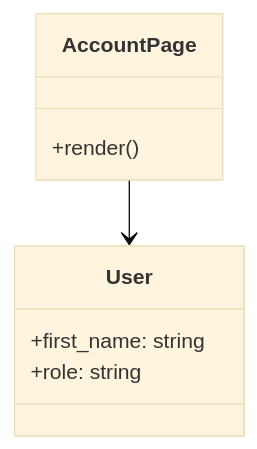
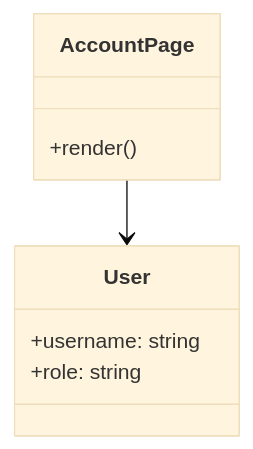
One commit to Saaka-y/korup changed the diagram in docs/account/class.md. Above: the diagram before and after it, drawn with Mermaid (base theme). The commit also changed 11 other files, not shown here.

````diff
--- a/docs/account/class.md
+++ b/docs/account/class.md
@@ -3,13 +3,13 @@
 ```mermaid
 classDiagram
     class AccountPage {
         +render()
     }
 
     class User {
-        +first_name: string
+        +username: string
         +role: string
     }
 
     AccountPage --> User
 ```
````
